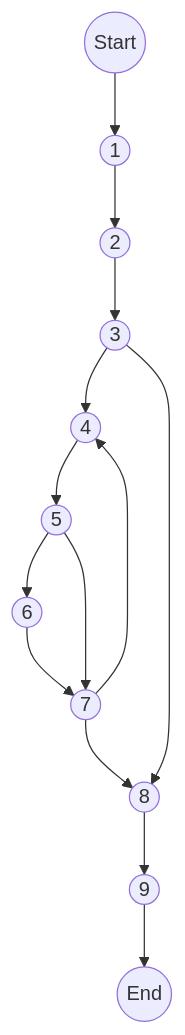
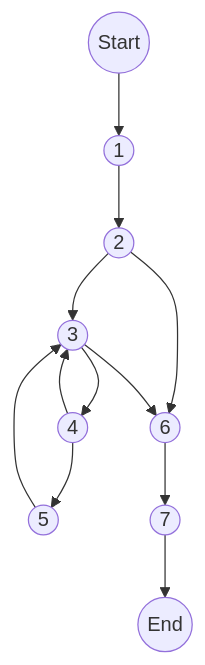
One commit to tienminhvy/ghnotes changed the diagram in _posts/2023-11-29-KTPM.md. Above: the diagram before and after it, drawn with Mermaid. The commit also changed other lines of this file, not shown here.

````diff
--- a/_posts/2023-11-29-KTPM.md
+++ b/_posts/2023-11-29-KTPM.md
@@ -43,18 +43,18 @@
 ```mermaid
 flowchart TD
 p0(("Start"))
 p1(("1"))
 p2(("2"))
 p3(("3"))
 p4(("4"))
 p5(("5"))
 p6(("6"))
 p7(("7"))
-p8(("8"))
-p9(("9"))
 pe(("End"))
-p0-->p1-->p2-->p3-->p4-->p5-->p6-->p7-->p8-->p9-->pe
-p3-->p8
-p7-->p4
-p5-->p7
+p0-->p1-->p2-->p3-->p4-->p5
+p6-->p7-->pe
+p2-->p6
+p4-->p3
+p5-->p3
+p3-->p6
 ```
````
